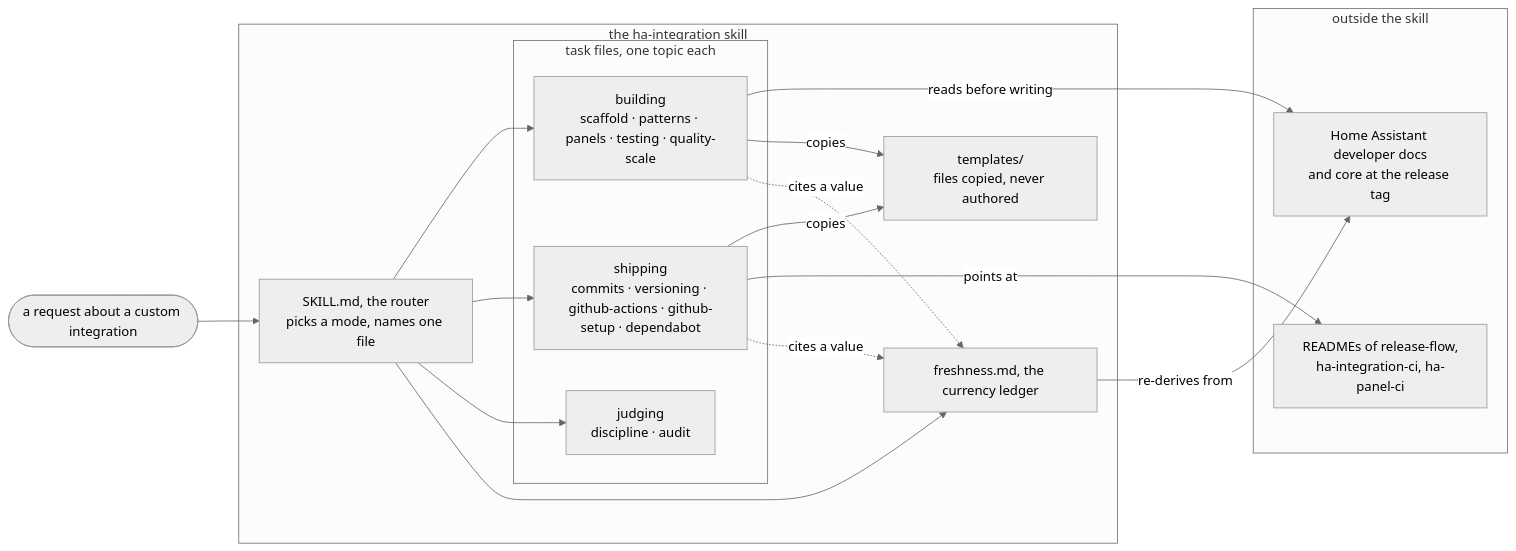
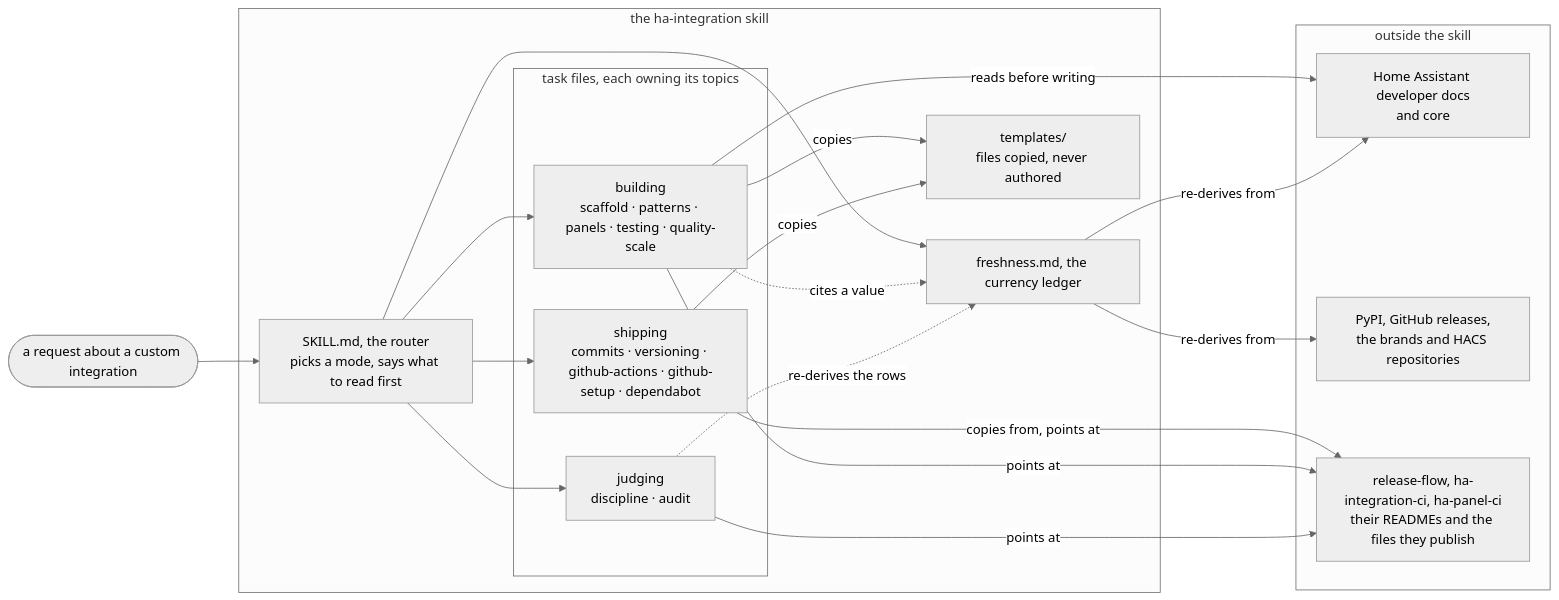
Before and after one commit to PineappleEmperor/ha-skills: the diagram in README.md, drawn with Mermaid (neutral theme). The commit also changed other lines of this file, not shown here.

Commit message:
docs: hold the README diagram to what the files say

````diff
--- a/README.md
+++ b/README.md
@@ -29,32 +29,36 @@
 ```mermaid
 flowchart LR
     request([a request about a custom integration]) --> router
 
     subgraph skill["the ha-integration skill"]
-        router["SKILL.md, the router<br/>picks a mode, names one file"]
-        subgraph task["task files, one topic each"]
+        router["SKILL.md, the router<br/>picks a mode, says what to read first"]
+        subgraph task["task files, each owning its topics"]
             build["building<br/>scaffold · patterns · panels · testing · quality-scale"]
             ship["shipping<br/>commits · versioning · github-actions · github-setup · dependabot"]
             judge["judging<br/>discipline · audit"]
         end
         ledger["freshness.md, the currency ledger"]
         templates["templates/<br/>files copied, never authored"]
     end
 
     subgraph outside["outside the skill"]
-        docs["Home Assistant developer docs<br/>and core at the release tag"]
-        ci["READMEs of release-flow,<br/>ha-integration-ci, ha-panel-ci"]
+        docs["Home Assistant developer docs<br/>and core"]
+        upstream["PyPI, GitHub releases,<br/>the brands and HACS repositories"]
+        ci["release-flow, ha-integration-ci, ha-panel-ci<br/>their READMEs and the files they publish"]
     end
 
     router --> build
     router --> ship
     router --> judge
     router --> ledger
     build -- reads before writing --> docs
     build -- copies --> templates
     ship -- copies --> templates
-    ship -- points at --> ci
+    ship -- copies from, points at --> ci
+    build -- points at --> ci
+    judge -- points at --> ci
     build -. cites a value .-> ledger
-    ship -. cites a value .-> ledger
+    judge -. re-derives the rows .-> ledger
     ledger -- re-derives from --> docs
+    ledger -- re-derives from --> upstream
 ```
````
